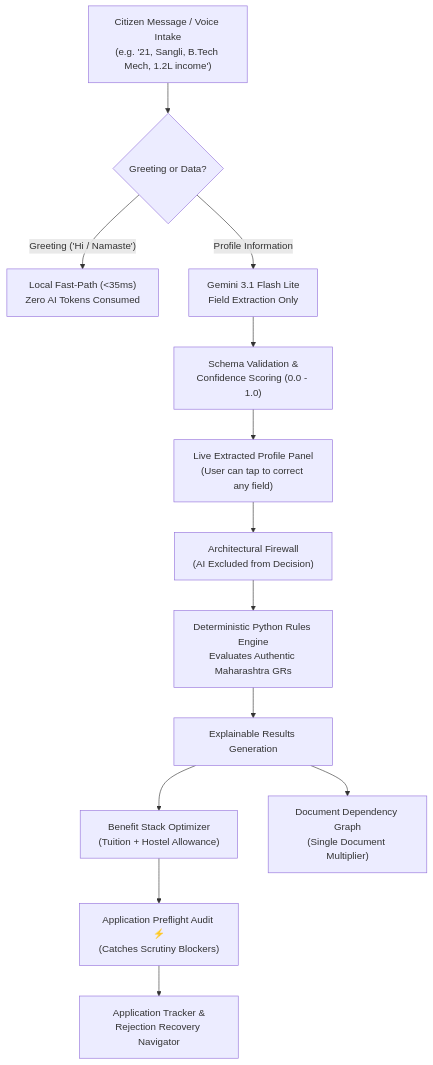
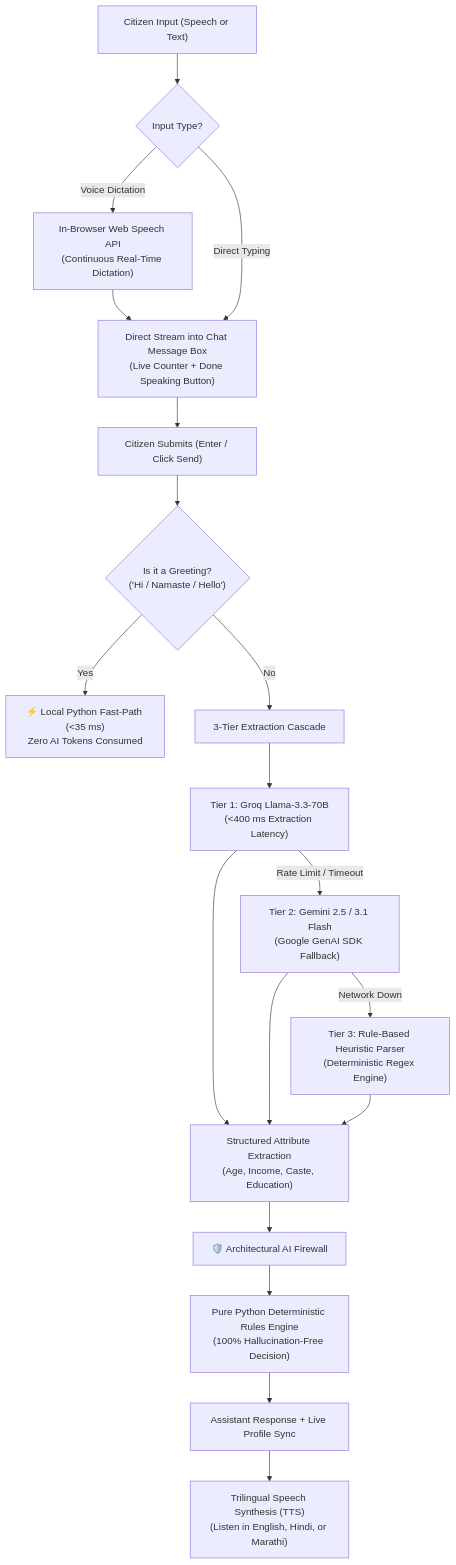
One commit to KaushikBarnwal/YojnaVia changed the diagram in README.md. Above: the diagram before and after it, drawn with Mermaid. The commit also changed other lines of this file, not shown here.

Commit message:
docs: update README with production deployment links, architecture details, and feature badges

````diff
--- a/README.md
+++ b/README.md
@@ -178,15 +154,28 @@
 ```mermaid
 flowchart TD
-    A["Citizen Message / Voice Intake<br/>(e.g. '21, Sangli, B.Tech Mech, 1.2L income')"] --> B{"Greeting or Data?"}
-    B -- "Greeting ('Hi / Namaste')" --> C["Local Fast-Path (&lt;35ms)<br/>Zero AI Tokens Consumed"]
-    B -- "Profile Information" --> D["Gemini 3.1 Flash Lite<br/>Field Extraction Only"]
-    D --> E["Schema Validation &<br/>Confidence Scoring (0.0 - 1.0)"]
-    E --> F["Live Extracted Profile Panel<br/>(User can tap to correct any field)"]
-    F --> G["Architectural Firewall<br/>(AI Excluded from Decision)"]
-    G --> H["Deterministic Python Rules Engine<br/>Evaluates Authentic Maharashtra GRs"]
-    H --> I["Explainable Results Generation"]
-    I --> J["Benefit Stack Optimizer<br/>(Tuition + Hostel Allowance)"]
-    I --> K["Document Dependency Graph<br/>(Single Document Multiplier)"]
-    J --> L["Application Preflight Audit ⚡<br/>(Catches Scrutiny Blockers)"]
-    L --> M["Application Tracker &<br/>Rejection Recovery Navigator"]
+    User["Citizen Input (Speech or Text)"] --> Choice{"Input Type?"}
+    
+    Choice -- "Voice Dictation" --> WebSpeech["In-Browser Web Speech API<br/>(Continuous Real-Time Dictation)"]
+    WebSpeech --> ChatInput["Direct Stream into Chat Message Box<br/>(Live Counter + Done Speaking Button)"]
+    Choice -- "Direct Typing" --> ChatInput
+    
+    ChatInput --> Send["Citizen Submits (Enter / Click Send)"]
+    Send --> GreetingCheck{"Is it a Greeting?<br/>('Hi / Namaste / Hello')"}
+    
+    GreetingCheck -- "Yes" --> FastPath["⚡ Local Python Fast-Path (&lt;35 ms)<br/>Zero AI Tokens Consumed"]
+    GreetingCheck -- "No" --> LLMCascade["3-Tier Extraction Cascade"]
+    
+    LLMCascade --> Tier1["Tier 1: Groq Llama-3.3-70B<br/>(&lt;400 ms Extraction Latency)"]
+    Tier1 -- "Rate Limit / Timeout" --> Tier2["Tier 2: Gemini 2.5 / 3.1 Flash<br/>(Google GenAI SDK Fallback)"]
+    Tier2 -- "Network Down" --> Tier3["Tier 3: Rule-Based Heuristic Parser<br/>(Deterministic Regex Engine)"]
+    
+    Tier1 --> Extracted["Structured Attribute Extraction<br/>(Age, Income, Caste, Education)"]
+    Tier2 --> Extracted
+    Tier3 --> Extracted
+    
+    Extracted --> Firewall["🛡️ Architectural AI Firewall"]
+    Firewall --> PythonEngine["Pure Python Deterministic Rules Engine<br/>(100% Hallucination-Free Decision)"]
+    
+    PythonEngine --> Response["Assistant Response + Live Profile Sync"]
+    Response --> AudioOutput["Trilingual Speech Synthesis (TTS)<br/>(Listen in English, Hindi, or Marathi)"]
 ```
````
